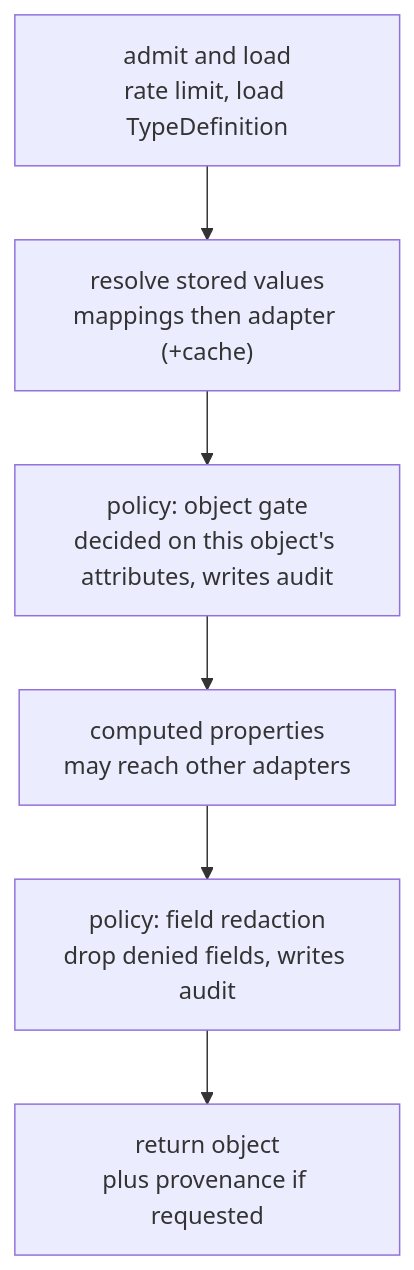
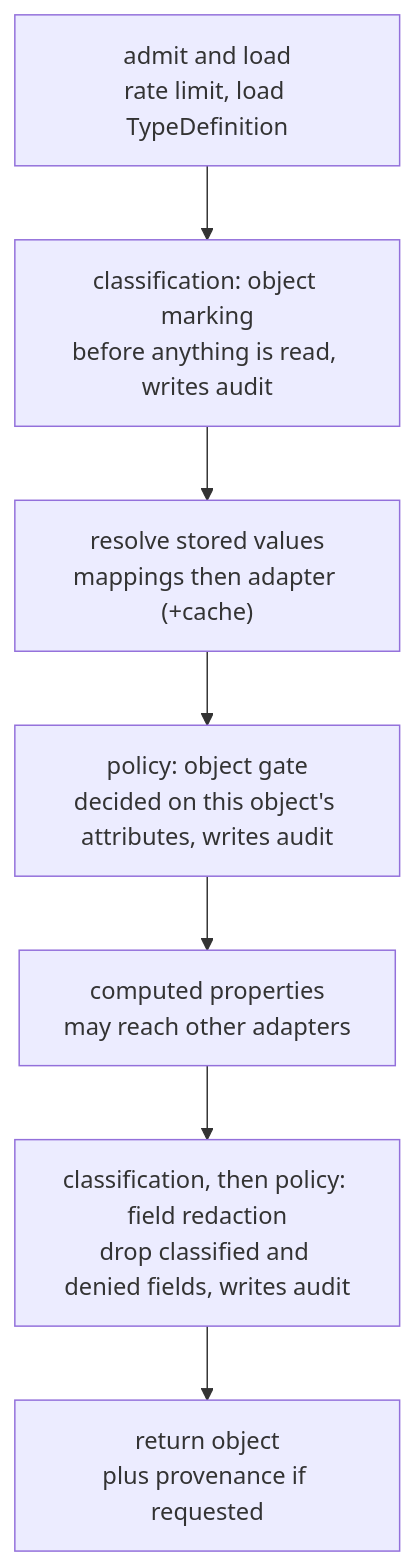
One commit to marlinspike/TypeSystem changed the second of 6 diagrams in docs/architecture.md. Above: the diagram before and after it, drawn with Mermaid. The commit also changed other lines of this file and 2 other files, not shown here.

````diff
--- a/docs/architecture.md
+++ b/docs/architecture.md
@@ -263,10 +263,11 @@
 ```mermaid
 flowchart TB
     a["admit and load<br/>rate limit, load TypeDefinition"]
+    k["classification: object marking<br/>before anything is read, writes audit"]
     c["resolve stored values<br/>mappings then adapter (+cache)"]
     b["policy: object gate<br/>decided on this object's attributes, writes audit"]
     d["computed properties<br/>may reach other adapters"]
-    e["policy: field redaction<br/>drop denied fields, writes audit"]
+    e["classification, then policy: field redaction<br/>drop classified and denied fields, writes audit"]
     f["return object<br/>plus provenance if requested"]
-    a --> c --> b --> d --> e --> f
+    a --> k --> c --> b --> d --> e --> f
 ```
````
